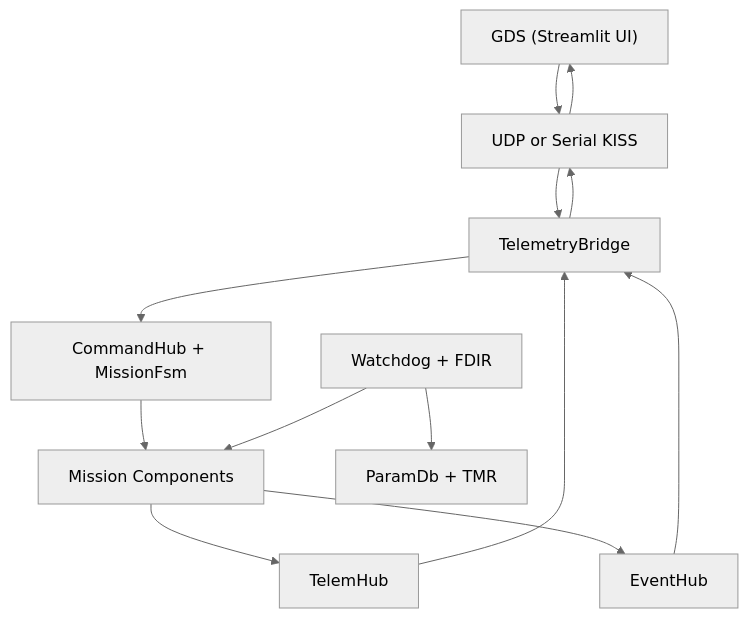
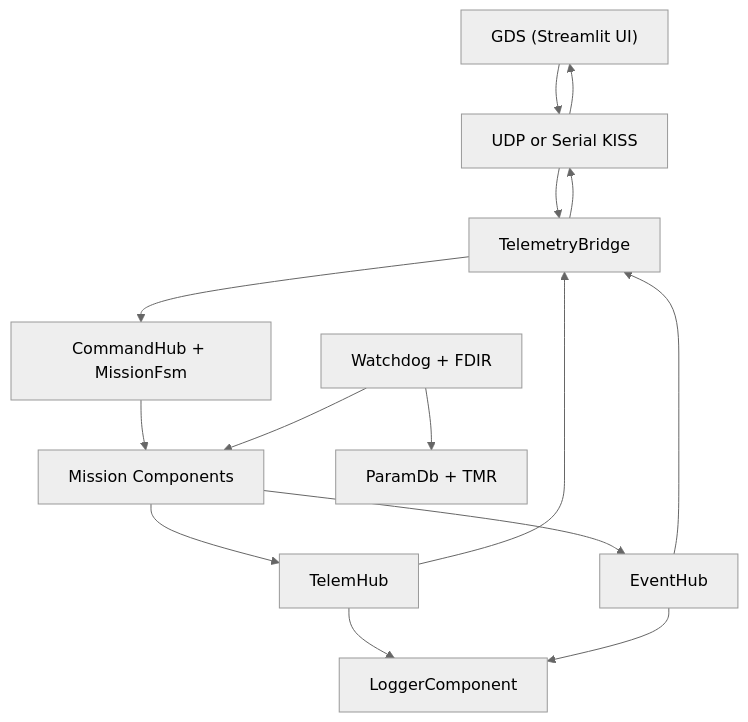
The first of 2 diagrams in docs/ARCHITECTURE.md (Albertcorn92/Delta-V), drawn with Mermaid (neutral theme) before and after one commit. The commit also changed other lines of this file and 18 other files, not shown here.

````diff
--- a/docs/ARCHITECTURE.md
+++ b/docs/ARCHITECTURE.md
@@ -19,20 +19,23 @@
 ```mermaid
 flowchart TB
     GDS["GDS (Streamlit UI)"]
     LINK["UDP or Serial KISS"]
     BR["TelemetryBridge"]
+    LOG["LoggerComponent"]
     CMD["CommandHub + MissionFsm"]
     APPS["Mission Components"]
     TH["TelemHub"]
     EH["EventHub"]
     WD["Watchdog + FDIR"]
     PDB["ParamDb + TMR"]
 
     GDS --> LINK --> BR
     BR --> CMD --> APPS
     APPS --> TH --> BR
     APPS --> EH --> BR
+    TH --> LOG
+    EH --> LOG
     WD --> APPS
     WD --> PDB
     BR --> LINK --> GDS
 ```
````
